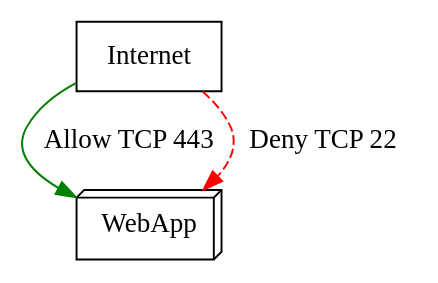
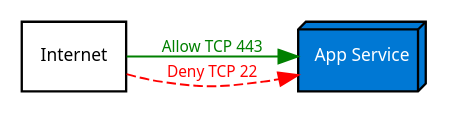
Before and after one commit to andikatjacobdennis/graphviz-tutorial: the seventh of 9 diagrams in 2-azure-basics/common-components.md, drawn with Graphviz. The commit also changed other lines of this file and 6 other files, not shown here.

````diff
--- a/2-azure-basics/common-components.md
+++ b/2-azure-basics/common-components.md
@@ -118,9 +223,22 @@
 ```dot
 digraph NSGExample {
-    Internet [shape=cloud];
-    WebApp [shape=box3d];
-    
-    Internet -> WebApp [label="Allow TCP 443", color="green"];
-    Internet -> WebApp [label="Deny TCP 22", color="red", style=dashed];
+    rankdir=LR;
+
+    // Global styles
+    graph [fontname="Segoe UI", fontsize=10];
+    node  [fontname="Segoe UI", fontsize=9, penwidth=1.2];
+    edge  [fontname="Segoe UI", fontsize=8, penwidth=1.0, fontcolor="black"];
+
+    // Nodes
+    Internet [shape=cloud, label="Internet"];
+
+    // Compute (App Service)
+    node [shape=box3d, style=filled, fillcolor="#0078D4", fontcolor="white"];
+    WebApp [label="App Service"];
+
+    // Edges with NSG rules
+    Internet -> WebApp [label="Allow TCP 443", color="green", fontcolor="green"];
+
+    Internet -> WebApp [label="Deny TCP 22", color="red", style=dashed, fontcolor="red"];
 }
 ```
````
